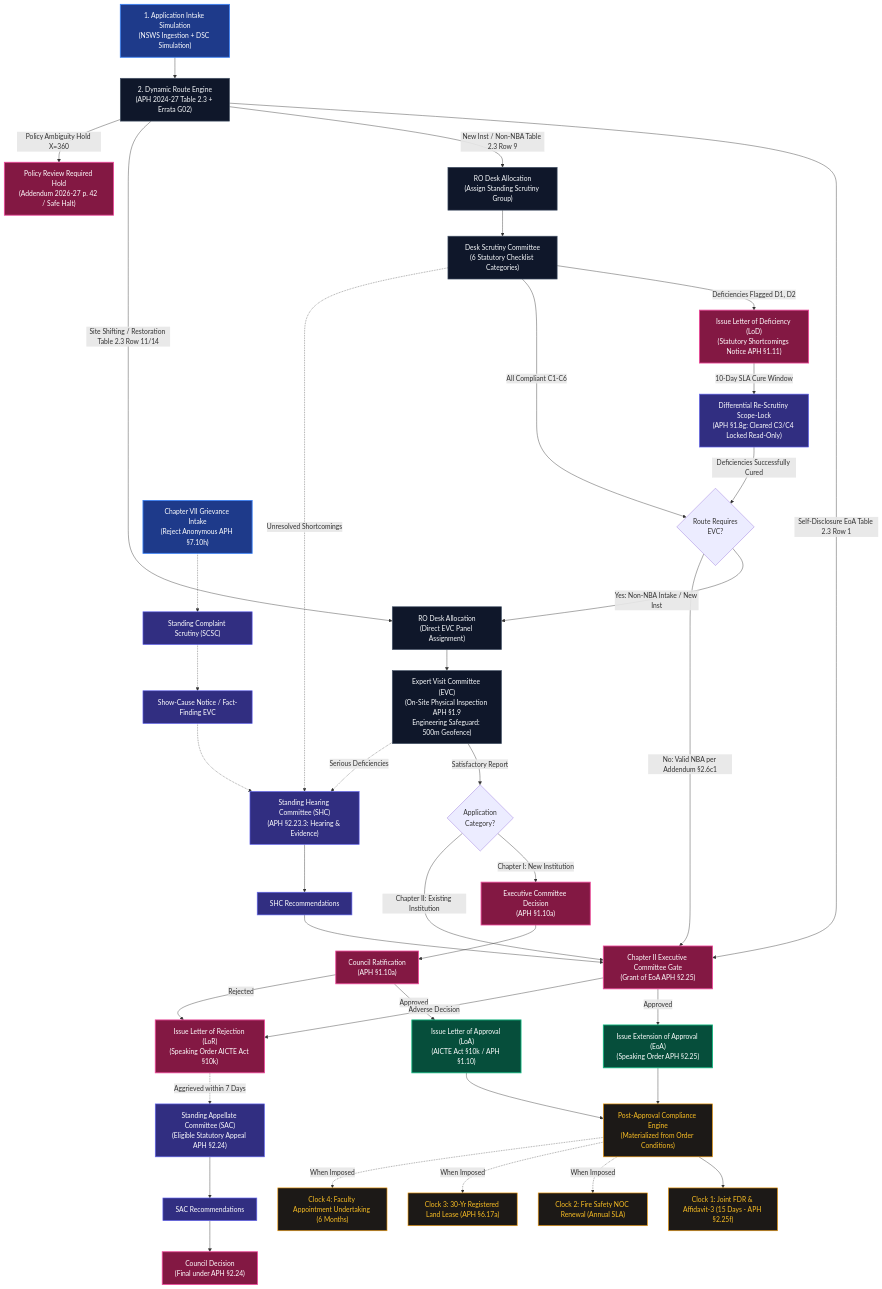
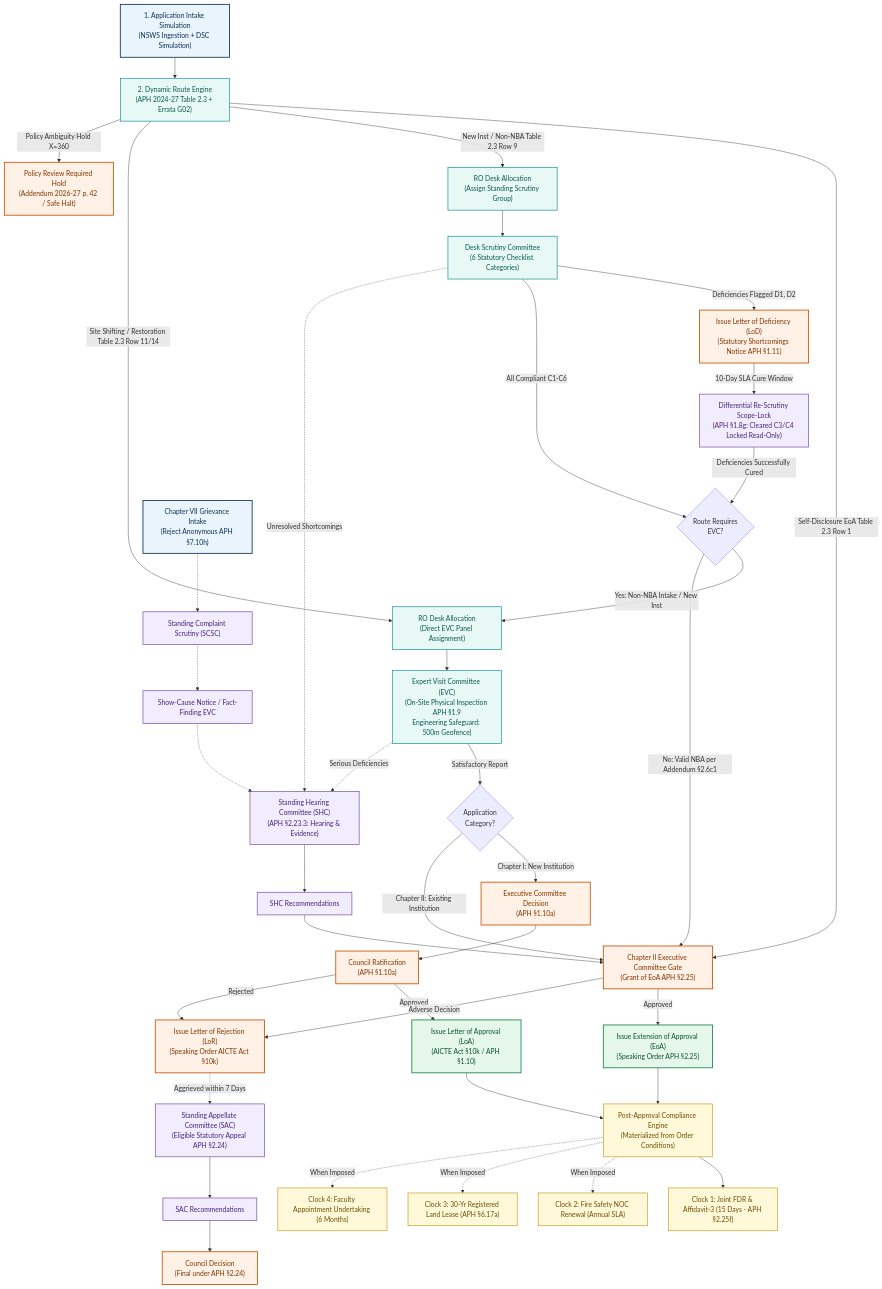
Before and after one commit to Parth-Chavan-15/SIH-2026-AICTE: the first of 11 diagrams in README.md, drawn with Mermaid. The commit also changed other lines of this file, not shown here.

````diff
--- a/README.md
+++ b/README.md
@@ -47,59 +58,59 @@
 ```mermaid
 flowchart TD
-    classDef startNode fill:#1e3a8a,stroke:#3b82f6,stroke-width:2px,color:#fff;
-    classDef processNode fill:#0f172a,stroke:#475569,stroke-width:1.5px,color:#f8fafc;
-    classDef branch fill:#312e81,stroke:#6366f1,stroke-width:1.5px,color:#fff;
-    classDef decisionNode fill:#831843,stroke:#ec4899,stroke-width:2px,color:#fff;
-    classDef docNode fill:#064e3b,stroke:#10b981,stroke-width:2px,color:#fff;
-    classDef auditNode fill:#1c1917,stroke:#f59e0b,stroke-width:1.5px,color:#fbbf24;
+    classDef startNode fill:#EAF4FC,stroke:#0B2F54,stroke-width:2px,color:#0B2F54;
+    classDef processNode fill:#E8F8F5,stroke:#008C8C,stroke-width:1.5px,color:#075953;
+    classDef branch fill:#F2ECFF,stroke:#6941A5,stroke-width:1.5px,color:#452479;
+    classDef decisionNode fill:#FFF1E6,stroke:#CC5200,stroke-width:2px,color:#803400;
+    classDef docNode fill:#E5F7EA,stroke:#16834B,stroke-width:2px,color:#08522D;
+    classDef auditNode fill:#FFF8D9,stroke:#C99716,stroke-width:1.5px,color:#6D4E00;
 
     A["1. Application Intake Simulation<br/>(NSWS Ingestion + DSC Simulation)"]:::startNode --> B["2. Dynamic Route Engine<br/>(APH 2024-27 Table 2.3 + Errata G02)"]:::processNode
     
     B -->|Self-Disclosure EoA Table 2.3 Row 1| G_EC["Chapter II Executive Committee Gate<br/>(Grant of EoA APH §2.25)"]:::decisionNode
     B -->|New Inst / Non-NBA Table 2.3 Row 9| C["RO Desk Allocation<br/>(Assign Standing Scrutiny Group)"]:::processNode
     B -->|Site Shifting / Restoration Table 2.3 Row 11/14| E["RO Desk Allocation<br/>(Direct EVC Panel Assignment)"]:::processNode
     B -->|Policy Ambiguity Hold X=360| BH["Policy Review Required Hold<br/>(Addendum 2026-27 p. 42 / Safe Halt)"]:::decisionNode
 
     C --> D["Desk Scrutiny Committee<br/>(6 Statutory Checklist Categories)"]:::processNode
     D -->|Deficiencies Flagged D1, D2| D_LOD["Issue Letter of Deficiency (LoD)<br/>(Statutory Shortcomings Notice APH §1.11)"]:::decisionNode
     D_LOD -->|10-Day SLA Cure Window| D1["Differential Re-Scrutiny Scope-Lock<br/>(APH §1.8g: Cleared C3/C4 Locked Read-Only)"]:::branch
     D1 -->|Deficiencies Successfully Cured| D2Check{"Route Requires<br/>EVC?"}
     D -->|All Compliant C1-C6| D2Check
 
     D2Check -->|Yes: Non-NBA Intake / New Inst| E
     D2Check -->|No: Valid NBA per Addendum §2.6c1| G_EC
 
     E --> F["Expert Visit Committee (EVC)<br/>(On-Site Physical Inspection APH §1.9<br/>Engineering Safeguard: 500m Geofence)"]:::processNode
     F -->|Satisfactory Report| G_ROUTE{"Application<br/>Category?"}
     
     G_ROUTE -->|Chapter I: New Institution| G_CH1_EC["Executive Committee Decision<br/>(APH §1.10a)"]:::decisionNode
     G_CH1_EC --> G_CH1_COUNCIL["Council Ratification<br/>(APH §1.10a)"]:::decisionNode
     G_CH1_COUNCIL -->|Approved| H1["Issue Letter of Approval (LoA)<br/>(AICTE Act §10k / APH §1.10)"]:::docNode
     G_CH1_COUNCIL -->|Rejected| I2["Issue Letter of Rejection (LoR)<br/>(Speaking Order AICTE Act §10k)"]:::decisionNode
 
     G_ROUTE -->|Chapter II: Existing Institution| G_EC
     G_EC -->|Approved| H2["Issue Extension of Approval (EoA)<br/>(Speaking Order APH §2.25)"]:::docNode
     G_EC -->|Adverse Decision| I2
 
     %% Decoupled Governance Branches
     D -.->|Unresolved Shortcomings| SHC_COMP["Standing Hearing Committee (SHC)<br/>(APH §2.23.3: Hearing & Evidence)"]:::branch
     F -.->|Serious Deficiencies| SHC_COMP
     SHC_COMP --> SHC_REC["SHC Recommendations"]:::branch
     SHC_REC --> G_EC
 
     I2 -.->|Aggrieved within 7 Days| SAC_APP["Standing Appellate Committee (SAC)<br/>(Eligible Statutory Appeal APH §2.24)"]:::branch
     SAC_APP --> SAC_REC["SAC Recommendations"]:::branch
     SAC_REC --> SAC_FINAL["Council Decision<br/>(Final under APH §2.24)"]:::decisionNode
 
     PGRC["Chapter VII Grievance Intake<br/>(Reject Anonymous APH §7.10h)"]:::startNode -.-> SCSC["Standing Complaint Scrutiny (SCSC)"]:::branch
     SCSC -.-> SCSC_EVC["Show-Cause Notice / Fact-Finding EVC"]:::branch
     SCSC_EVC -.-> SHC_COMP
 
     %% Post-Approval Compliance Materialization
     H1 --> N["Post-Approval Compliance Engine<br/>(Materialized from Order Conditions)"]:::auditNode
     H2 --> N
     N --> N1["Clock 1: Joint FDR & Affidavit-3 (15 Days - APH §2.25f)"]:::auditNode
     N -.->|When Imposed| N2["Clock 2: Fire Safety NOC Renewal (Annual SLA)"]:::auditNode
     N -.->|When Imposed| N3["Clock 3: 30-Yr Registered Land Lease (APH §6.17a)"]:::auditNode
     N -.->|When Imposed| N4["Clock 4: Faculty Appointment Undertaking (6 Months)"]:::auditNode
 ```
````
